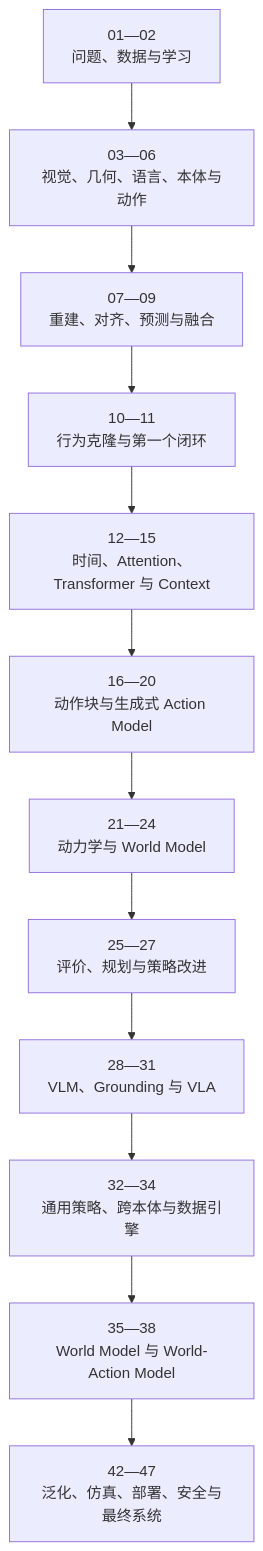
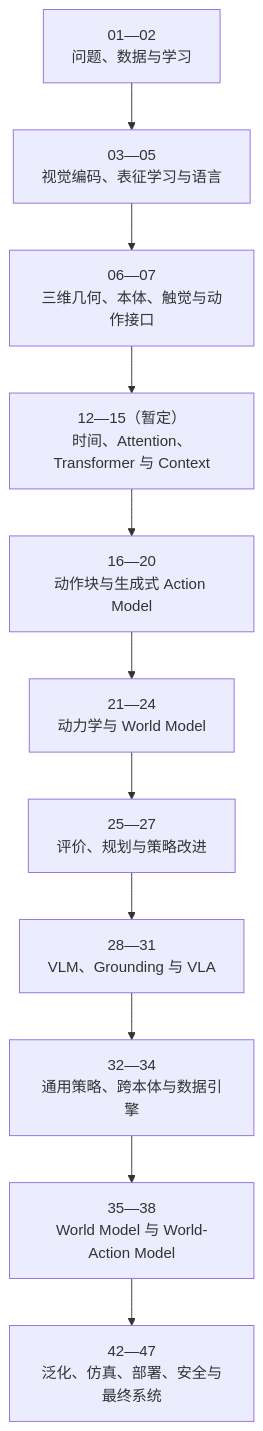
Before and after one commit to qi-robotics/robot-world-model-tutorial: the second of 2 diagrams in 机器人世界动作模型_课程框架.md, drawn with Mermaid. The commit also changed other lines of this file and 61 other files, not shown here.

```diff
--- a/机器人世界动作模型_课程框架.md
+++ b/机器人世界动作模型_课程框架.md
@@ -1894,14 +1785,13 @@
 ~~~mermaid
 flowchart TB
-    A["01—02<br/>问题、数据与学习"] --> B["03—06<br/>视觉、几何、语言、本体与动作"]
-    B --> C["07—09<br/>重建、对齐、预测与融合"]
-    C --> D["10—11<br/>行为克隆与第一个闭环"]
-    D --> E["12—15<br/>时间、Attention、Transformer 与 Context"]
+    A["01—02<br/>问题、数据与学习"] --> B["03—05<br/>视觉编码、表征学习与语言"]
+    B --> C["06—07<br/>三维几何、本体、触觉与动作接口"]
+    C --> E["12—15（暂定）<br/>时间、Attention、Transformer 与 Context"]
     E --> F["16—20<br/>动作块与生成式 Action Model"]
     F --> G["21—24<br/>动力学与 World Model"]
     G --> H["25—27<br/>评价、规划与策略改进"]
     H --> I["28—31<br/>VLM、Grounding 与 VLA"]
     I --> J["32—34<br/>通用策略、跨本体与数据引擎"]
     J --> K["35—38<br/>World Model 与 World-Action Model"]
     K --> L["42—47<br/>泛化、仿真、部署、安全与最终系统"]
 ~~~
```
